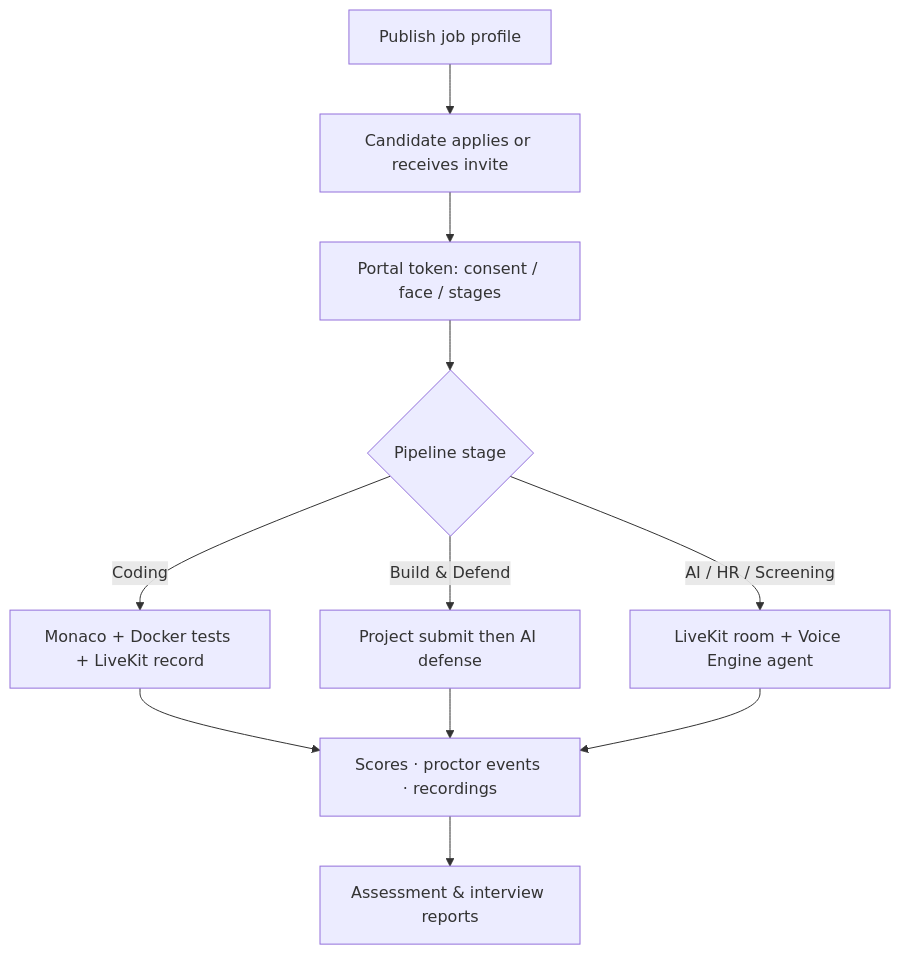
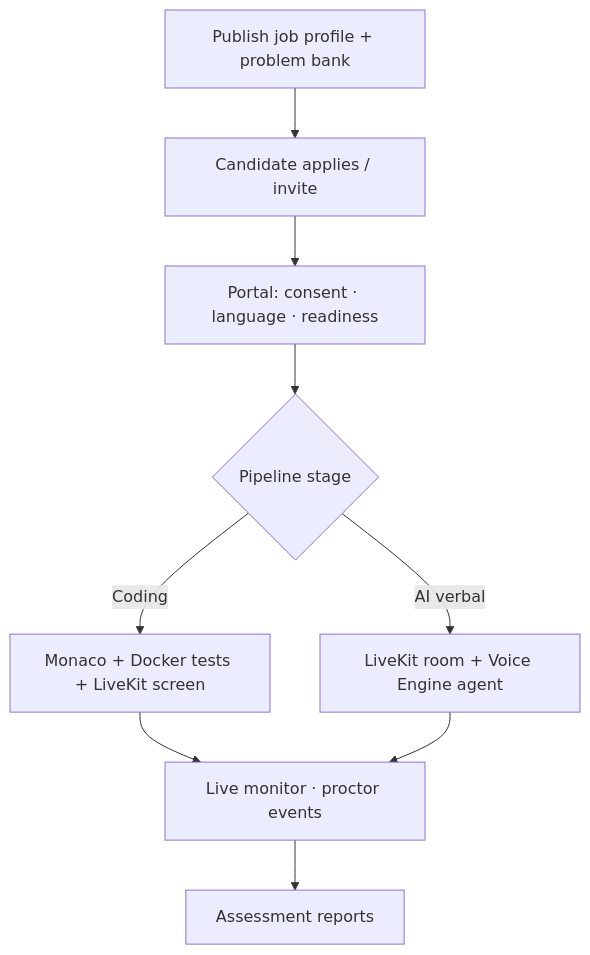
Before and after one commit to AkshatDesai10/CodeVox-Next-gen-AI-powered-Technical-Hiring-Platform: the first of 2 diagrams in README.md, drawn with Mermaid. The commit also changed other lines of this file and 18 other files, not shown here.

````diff
--- a/README.md
+++ b/README.md
@@ -92,13 +144,11 @@
 ```mermaid
 flowchart TD
-  A[Publish job profile] --> B[Candidate applies or receives invite]
-  B --> C[Portal token: consent / face / stages]
+  A[Publish job profile + problem bank] --> B[Candidate applies / invite]
+  B --> C[Portal: consent · language · readiness]
   C --> D{Pipeline stage}
-  D -->|Coding| E[Monaco + Docker tests + LiveKit record]
-  D -->|Build & Defend| F[Project submit then AI defense]
-  D -->|AI / HR / Screening| G[LiveKit room + Voice Engine agent]
-  E --> H[Scores · proctor events · recordings]
-  F --> H
-  G --> H
-  H --> I[Assessment & interview reports]
+  D -->|Coding| E[Monaco + Docker tests + LiveKit screen]
+  D -->|AI verbal| F[LiveKit room + Voice Engine agent]
+  E --> G[Live monitor · proctor events]
+  F --> G
+  G --> H[Assessment reports]
 ```
````
